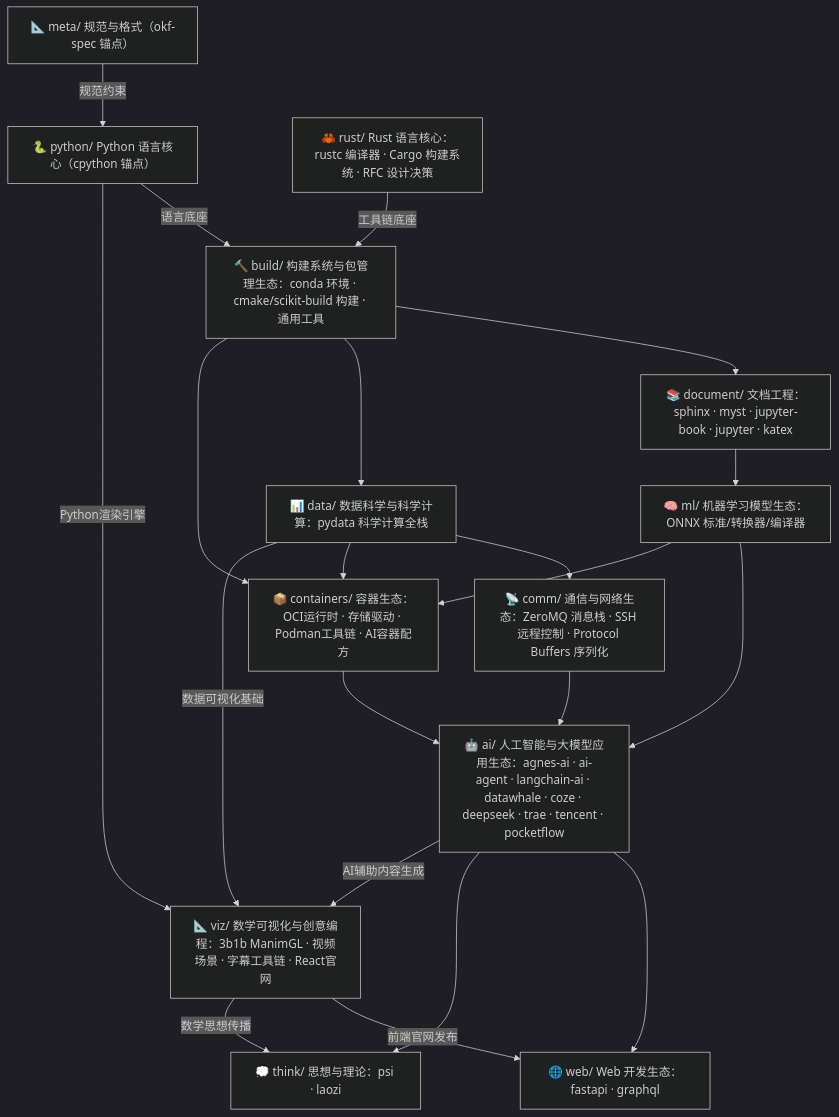
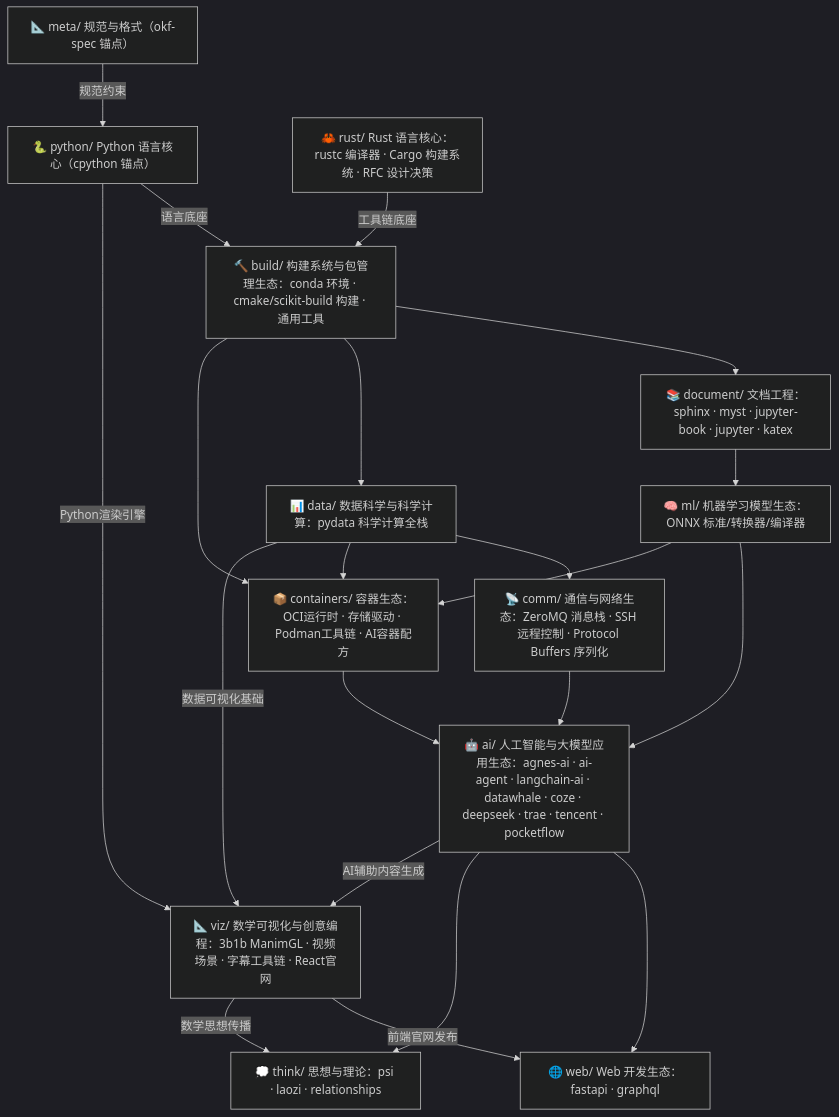
One commit to awesome-flexloop/awesome-okf changed the first of 2 diagrams in doc/bundles/index.md. Above: the diagram before and after it, drawn with Mermaid (dark theme). The commit also changed other lines of this file and 1 other file, not shown here.

First line of the commit message:
docs(okf-bundles): 上层索引挂载 relationships 分组并同步束数统计

````diff
--- a/doc/bundles/index.md
+++ b/doc/bundles/index.md
@@ -21,36 +21,36 @@
 ```mermaid
 flowchart TD
     meta["📐 meta/ 规范与格式（okf-spec 锚点）"]
     py["🐍 python/ Python 语言核心（cpython 锚点）"]
     rust["🦀 rust/ Rust 语言核心：rustc 编译器 · Cargo 构建系统 · RFC 设计决策"]
     build["🔨 build/ 构建系统与包管理生态：conda 环境 · cmake/scikit-build 构建 · 通用工具"]
     doc["📚 document/ 文档工程：sphinx · myst · jupyter-book · jupyter · katex"]
     data["📊 data/ 数据科学与科学计算：pydata 科学计算全栈"]
     ml["🧠 ml/ 机器学习模型生态：ONNX 标准/转换器/编译器"]
     comm["📡 comm/ 通信与网络生态：ZeroMQ 消息栈 · SSH 远程控制 · Protocol Buffers 序列化"]
     ai["🤖 ai/ 人工智能与大模型应用生态：agnes-ai · ai-agent · langchain-ai · datawhale · coze · deepseek · trae · tencent · pocketflow"]
     viz["📐 viz/ 数学可视化与创意编程：3b1b ManimGL · 视频场景 · 字幕工具链 · React官网"]
     web["🌐 web/ Web 开发生态：fastapi · graphql"]
     containers["📦 containers/ 容器生态：OCI运行时 · 存储驱动 · Podman工具链 · AI容器配方"]
-    think["💭 think/ 思想与理论：psi · laozi"]
+    think["💭 think/ 思想与理论：psi · laozi · relationships"]
     meta -->|"规范约束"| py
     py -->|"语言底座"| build
     rust -->|"工具链底座"| build
     build --> doc
     build --> data
     build --> containers
     doc --> ml
     data --> comm
     data --> containers
     data -->|"数据可视化基础"| viz
     py -->|"Python渲染引擎"| viz
     ml --> ai
     ml --> containers
     comm --> ai
     containers --> ai
     ai --> web
     ai --> think
     ai -->|"AI辅助内容生成"| viz
     viz -->|"前端官网发布"| web
     viz -->|"数学思想传播"| think
 ```
````
